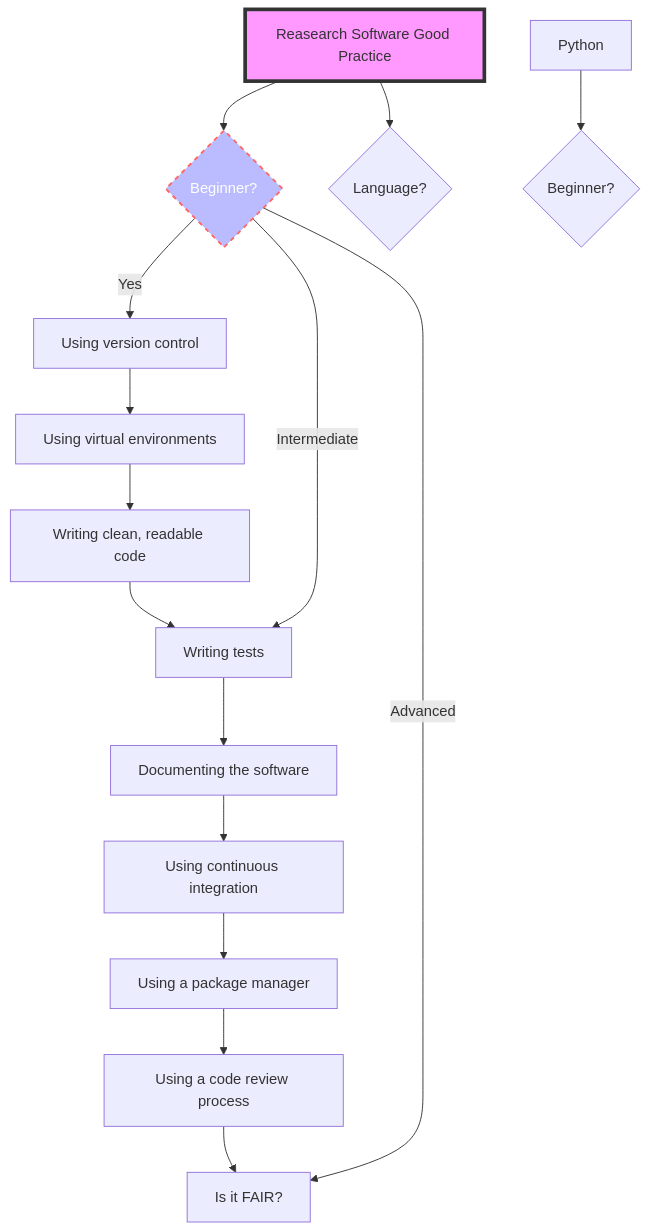
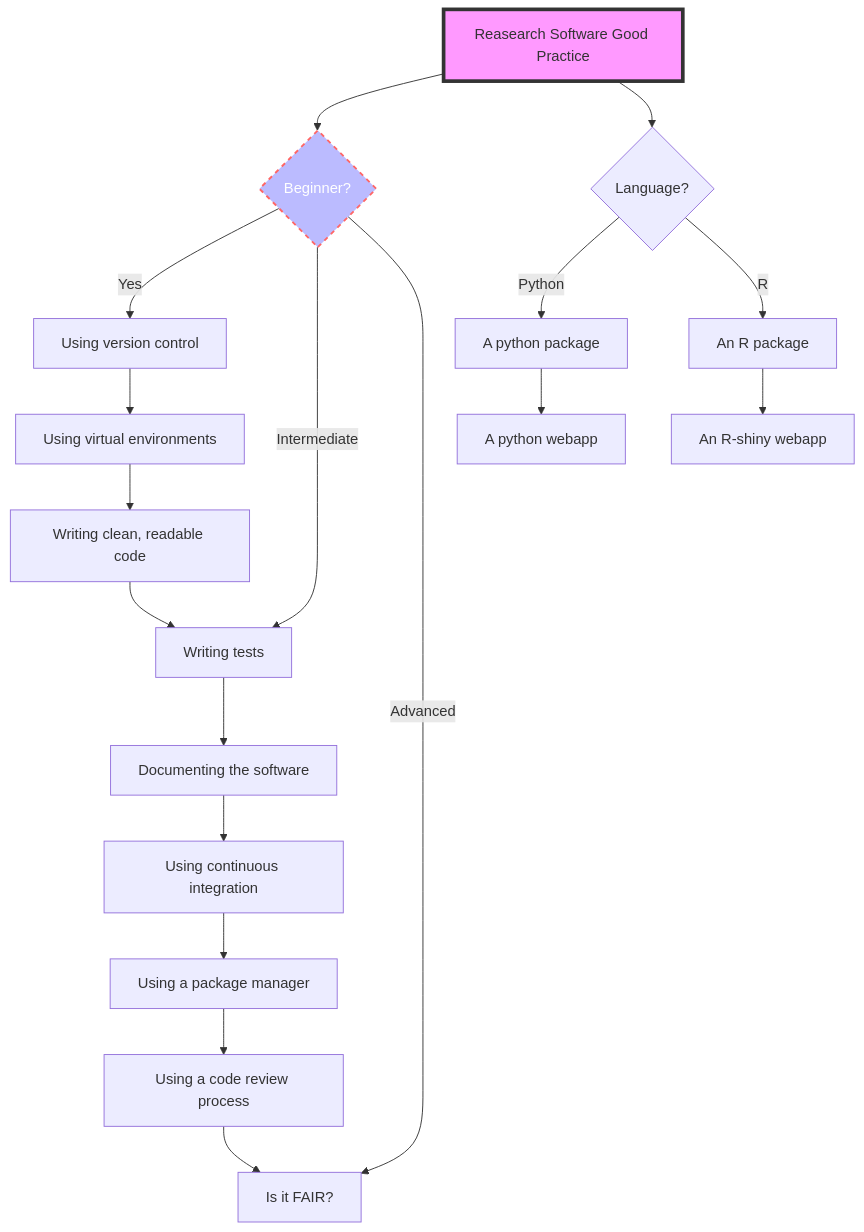
The diagram in docs/index.md (ICR-SC/good-practice), drawn with Mermaid before and after one commit.

Commit message:
Added python and R

````diff
--- a/docs/index.md
+++ b/docs/index.md
@@ -6,20 +6,23 @@
 ``` mermaid
 graph TD
   A[Reasearch Software Good Practice] --> B{Beginner?};
   B -->|Yes| C[Using version control];
   C --> D[Using virtual environments];
   D --> E[Writing clean, readable code];
   E --> F[Writing tests];
   B ---->|Intermediate| F;
   F --> G[Documenting the software];
   G --> H[Using continuous integration];
   H --> I[Using a package manager];
   I --> J[Using a code review process];
   J --> K[Is it FAIR?];
-  B ---->|Advanced| K;
-  PA[Python] --> PB{Beginner?};
+  B ---->|Advanced| K;  
   A --> EB{Language?};
+  EB --> |Python| PA[A python package];
+  PA --> PB[A python webapp];
+  EB --> |R| RA[An R package];
+  RA --> RB[An R-shiny webapp];
   click B "https://www.github.com" "This is a tooltip for a link"
   style A fill:#f9f,stroke:#333,stroke-width:4px
   style B fill:#bbf,stroke:#f66,stroke-width:2px,color:#fff,stroke-dasharray: 5 5
 ```
````
